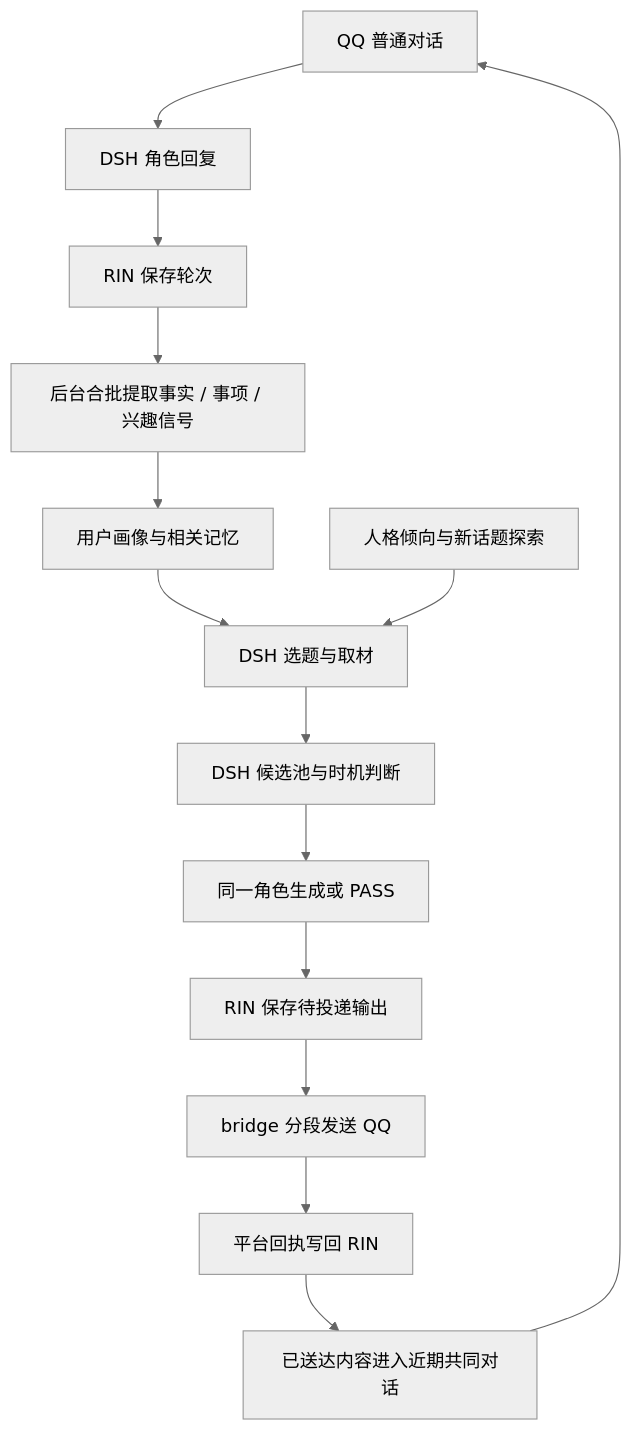
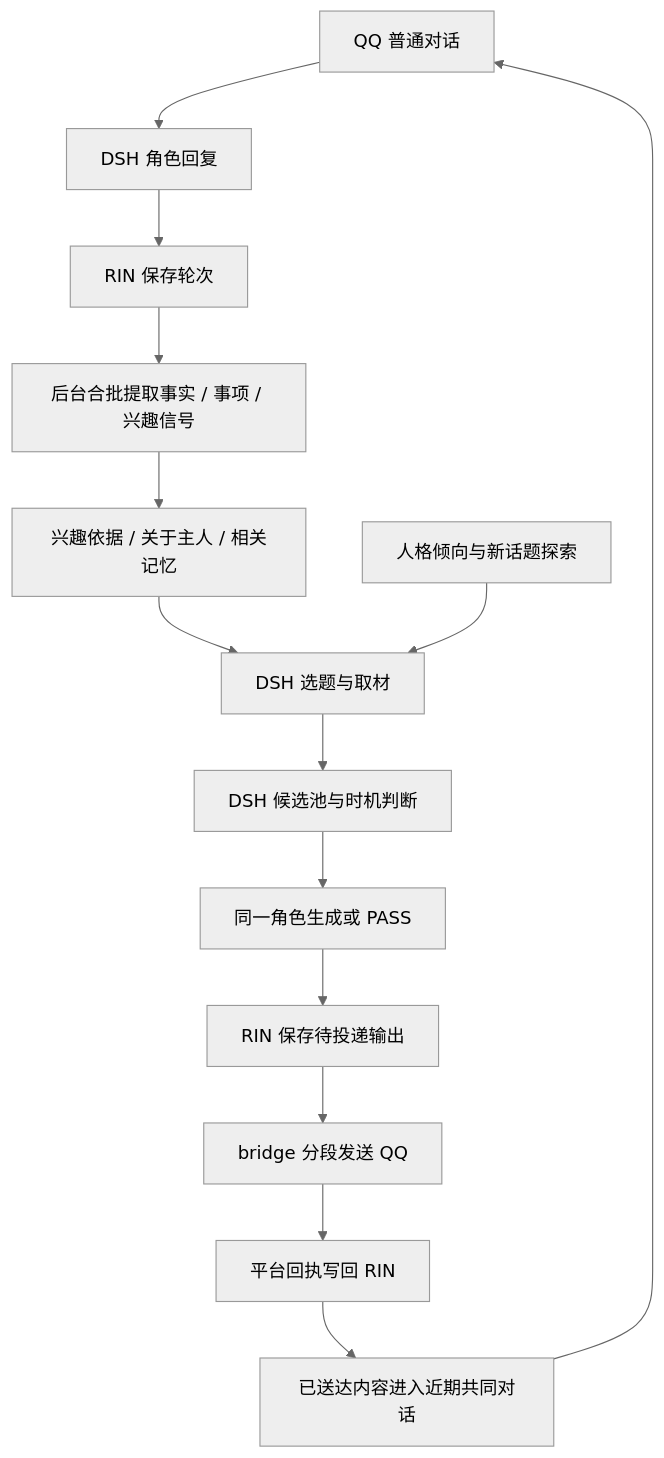
One commit to lxl8182/companion-memory changed the diagram in docs/rin-next-optimization-plan.md. Above: the diagram before and after it, drawn with Mermaid (neutral theme). The commit also changed other lines of this file and 12 other files, not shown here.

````diff
--- a/docs/rin-next-optimization-plan.md
+++ b/docs/rin-next-optimization-plan.md
@@ -36,16 +36,16 @@
 ```mermaid
 flowchart TD
     A[QQ 普通对话] --> B[DSH 角色回复]
     B --> C[RIN 保存轮次]
     C --> D[后台合批提取事实 / 事项 / 兴趣信号]
-    D --> E[用户画像与相关记忆]
+    D --> E[兴趣依据 / 关于主人 / 相关记忆]
     E --> F[DSH 选题与取材]
     G[人格倾向与新话题探索] --> F
     F --> H[DSH 候选池与时机判断]
     H --> I[同一角色生成或 PASS]
     I --> J[RIN 保存待投递输出]
     J --> K[bridge 分段发送 QQ]
     K --> L[平台回执写回 RIN]
     L --> M[已送达内容进入近期共同对话]
     M --> A
 ```
````
